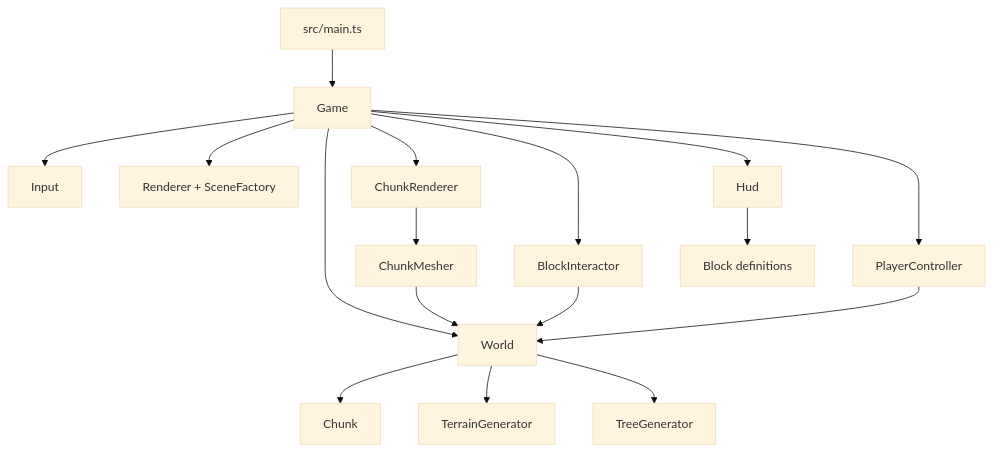
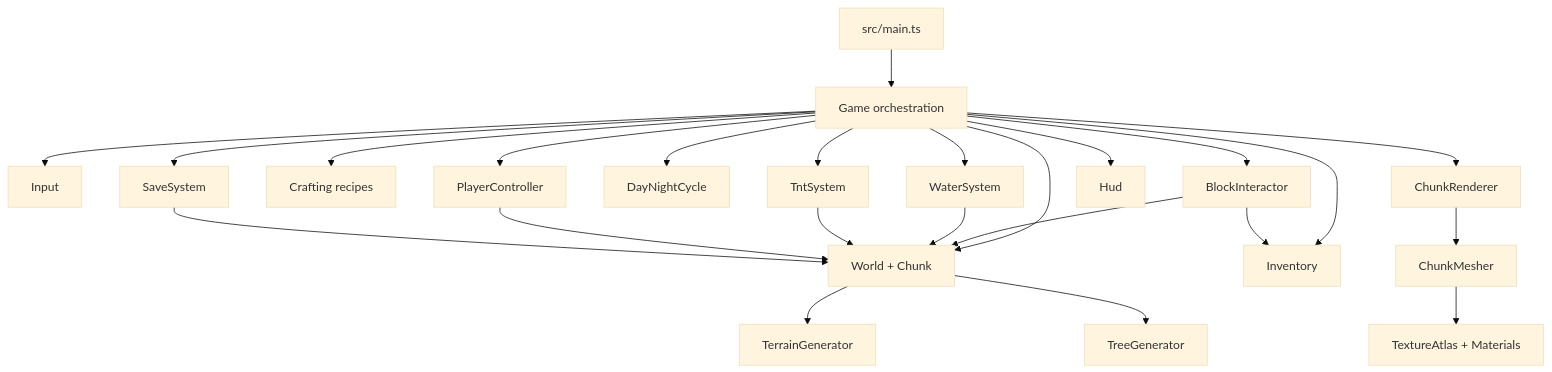
The first of 5 diagrams in docs/ARCHITECTURE.md (scottrobertson97/blocks-game), drawn with Mermaid (base theme) before and after one commit. The commit also changed other lines of this file and 28 other files, not shown here.

````diff
--- a/docs/ARCHITECTURE.md
+++ b/docs/ARCHITECTURE.md
@@ -5,20 +5,27 @@
 ```mermaid
 flowchart TD
-  Main["src/main.ts"] --> Game["Game"]
+  Main["src/main.ts"] --> Game["Game orchestration"]
   Game --> Input["Input"]
   Game --> Player["PlayerController"]
-  Game --> World["World"]
-  Game --> Renderer["Renderer + SceneFactory"]
-  Game --> ChunkRenderer["ChunkRenderer"]
+  Game --> World["World + Chunk"]
+  Game --> Inventory["Inventory"]
+  Game --> Crafting["Crafting recipes"]
+  Game --> Save["SaveSystem"]
+  Game --> Clock["DayNightCycle"]
+  Game --> Water["WaterSystem"]
+  Game --> TNT["TntSystem"]
   Game --> Interactor["BlockInteractor"]
   Game --> Hud["Hud"]
+  Game --> ChunkRenderer["ChunkRenderer"]
 
-  World --> Chunk["Chunk"]
   World --> Terrain["TerrainGenerator"]
   World --> Trees["TreeGenerator"]
   ChunkRenderer --> Mesher["ChunkMesher"]
-  Mesher --> World
+  Mesher --> Atlas["TextureAtlas + Materials"]
   Interactor --> World
+  Interactor --> Inventory
+  Water --> World
+  TNT --> World
   Player --> World
-  Hud --> Blocks["Block definitions"]
+  Save --> World
 ```
````
